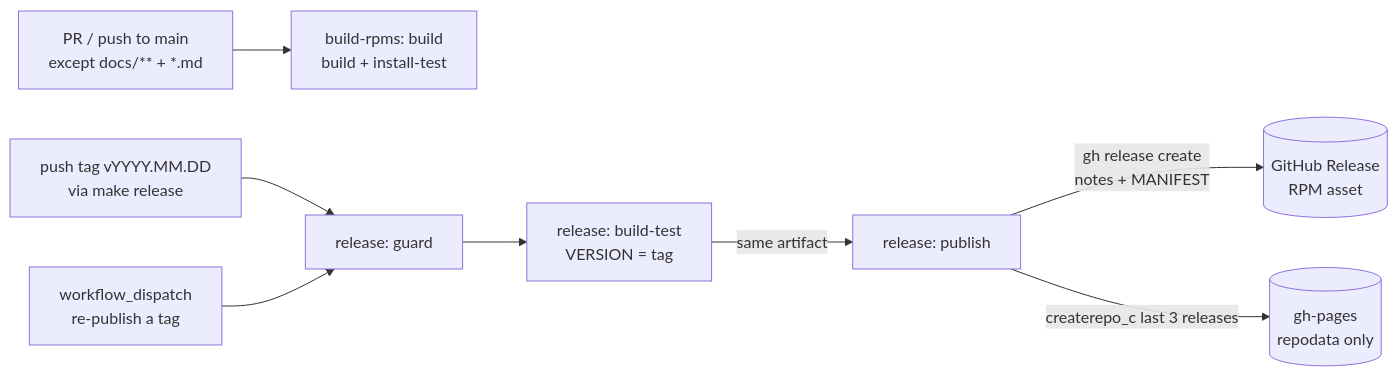
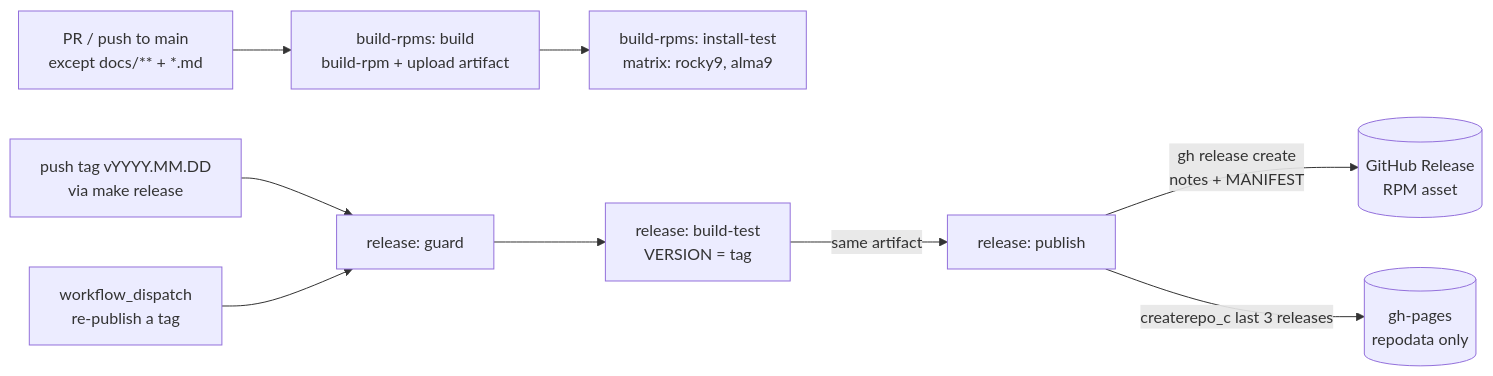
One commit to duynhlab/packages changed the second of 2 diagrams in docs/004-build.md. Above: the diagram before and after it, drawn with Mermaid. The commit also changed other lines of this file and 2 other files, not shown here.

First line of the commit message:
ci: run the install test as a parallel matrix over Rocky 9 + Alma 9

````diff
--- a/docs/004-build.md
+++ b/docs/004-build.md
@@ -128,10 +128,11 @@
 ```mermaid
 flowchart LR
-  PR[PR / push to main<br/>except docs/** + *.md] --> B[build-rpms: build<br/>build + install-test]
+  PR[PR / push to main<br/>except docs/** + *.md] --> B[build-rpms: build<br/>build-rpm + upload artifact]
+  B --> IT[build-rpms: install-test<br/>matrix: rocky9, alma9]
   TAG[push tag vYYYY.MM.DD<br/>via make release] --> G[release: guard]
   G --> BT[release: build-test<br/>VERSION = tag]
   BT -->|same artifact| PUB[release: publish]
   PUB -->|gh release create<br/>notes + MANIFEST| REL[(GitHub Release<br/>RPM asset)]
   PUB -->|createrepo_c last 3 releases| GH[(gh-pages<br/>repodata only)]
   MAN[workflow_dispatch<br/>re-publish a tag] --> G
 ```
````
